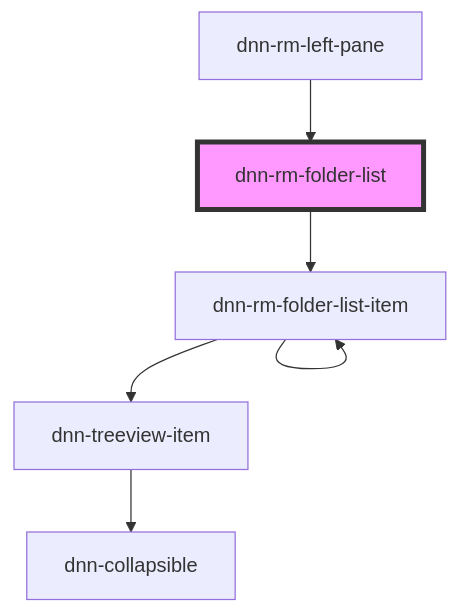
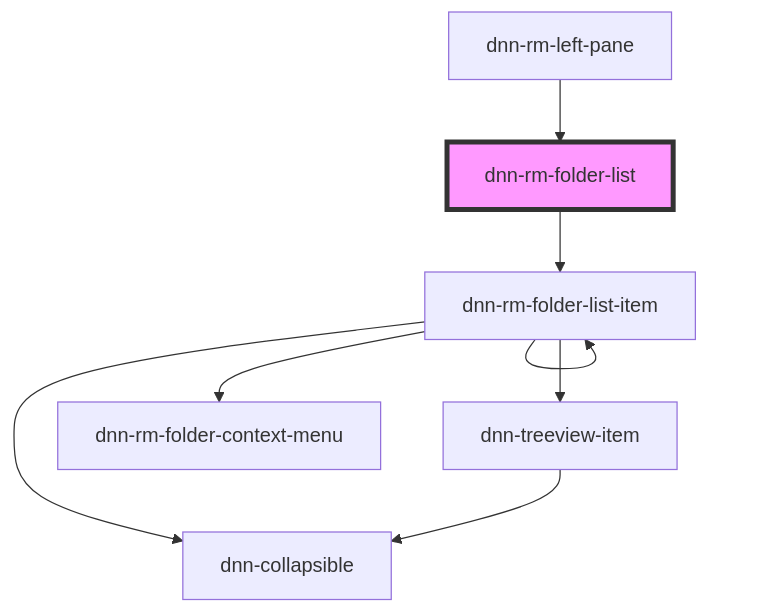
The diagram in DNN Platform/Modules/ResourceManager/ResourceManager.Web/src/components/dnn-rm-folder-list/readme.md (dnnsoftware/Dnn.Platform), drawn with Mermaid before and after one commit. The commit also changed 10 other files, not shown here.

Commit message:
Implemented context menu in listview

````diff
--- a/DNN Platform/Modules/ResourceManager/ResourceManager.Web/src/components/dnn-rm-folder-list/readme.md
+++ b/DNN Platform/Modules/ResourceManager/ResourceManager.Web/src/components/dnn-rm-folder-list/readme.md
@@ -19,9 +19,11 @@
 ```mermaid
 graph TD;
   dnn-rm-folder-list --> dnn-rm-folder-list-item
   dnn-rm-folder-list-item --> dnn-treeview-item
   dnn-rm-folder-list-item --> dnn-rm-folder-list-item
+  dnn-rm-folder-list-item --> dnn-collapsible
+  dnn-rm-folder-list-item --> dnn-rm-folder-context-menu
   dnn-treeview-item --> dnn-collapsible
   dnn-rm-left-pane --> dnn-rm-folder-list
   style dnn-rm-folder-list fill:#f9f,stroke:#333,stroke-width:4px
 ```
````
